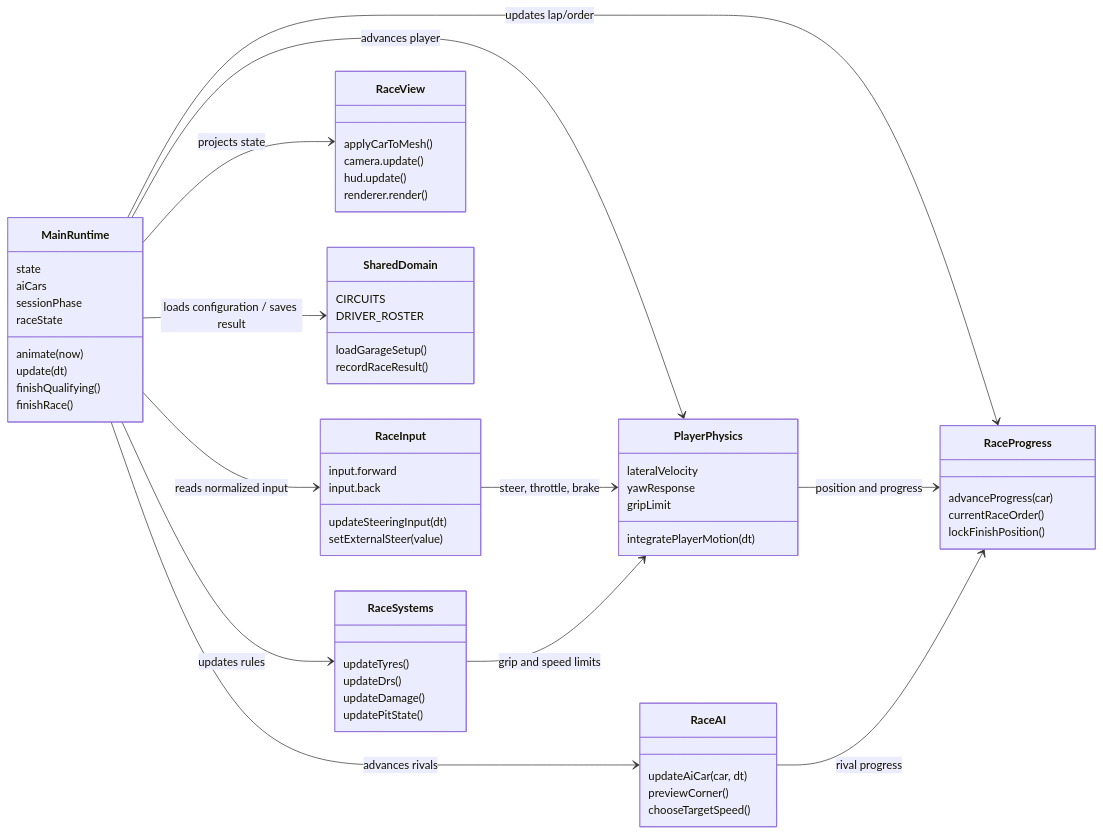
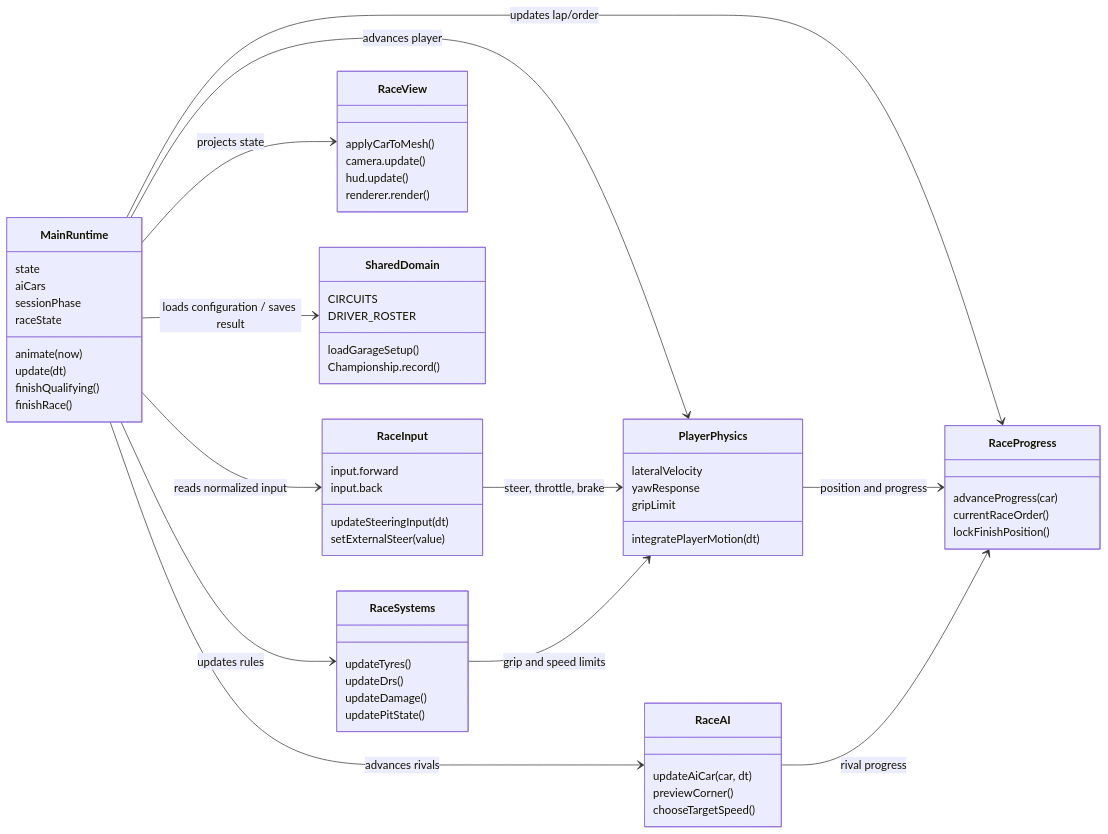
The fifth of 7 diagrams in llm-wiki/wiki/f1-racer/c4-local.md (ottobit/f1-racer), drawn with Mermaid before and after one commit. The commit also changed 4 other files, not shown here.

````diff
--- a/llm-wiki/wiki/f1-racer/c4-local.md
+++ b/llm-wiki/wiki/f1-racer/c4-local.md
@@ -143,74 +143,74 @@
 ```mermaid
 classDiagram
   direction LR
 
   class MainRuntime {
     state
     aiCars
     sessionPhase
     raceState
     animate(now)
     update(dt)
     finishQualifying()
     finishRace()
   }
 
   class RaceInput {
     input.forward
     input.back
     updateSteeringInput(dt)
     setExternalSteer(value)
   }
 
   class PlayerPhysics {
     integratePlayerMotion(dt)
     lateralVelocity
     yawResponse
     gripLimit
   }
 
   class RaceAI {
     updateAiCar(car, dt)
     previewCorner()
     chooseTargetSpeed()
   }
 
   class RaceSystems {
     updateTyres()
     updateDrs()
     updateDamage()
     updatePitState()
   }
 
   class RaceProgress {
     advanceProgress(car)
     currentRaceOrder()
     lockFinishPosition()
   }
 
   class RaceView {
     applyCarToMesh()
     camera.update()
     hud.update()
     renderer.render()
   }
 
   class SharedDomain {
     CIRCUITS
     DRIVER_ROSTER
     loadGarageSetup()
-    recordRaceResult()
+    Championship.record()
   }
 
   MainRuntime --> RaceInput : reads normalized input
   MainRuntime --> PlayerPhysics : advances player
   MainRuntime --> RaceAI : advances rivals
   MainRuntime --> RaceSystems : updates rules
   MainRuntime --> RaceProgress : updates lap/order
   MainRuntime --> RaceView : projects state
   MainRuntime --> SharedDomain : loads configuration / saves result
   RaceInput --> PlayerPhysics : steer, throttle, brake
   PlayerPhysics --> RaceProgress : position and progress
   RaceAI --> RaceProgress : rival progress
   RaceSystems --> PlayerPhysics : grip and speed limits
 ```
````
